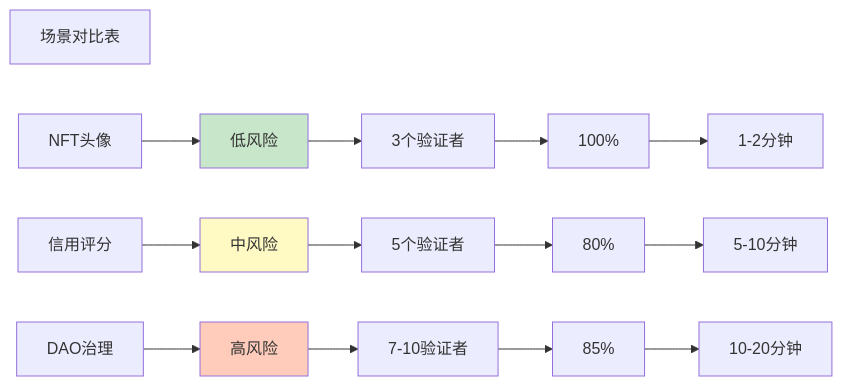
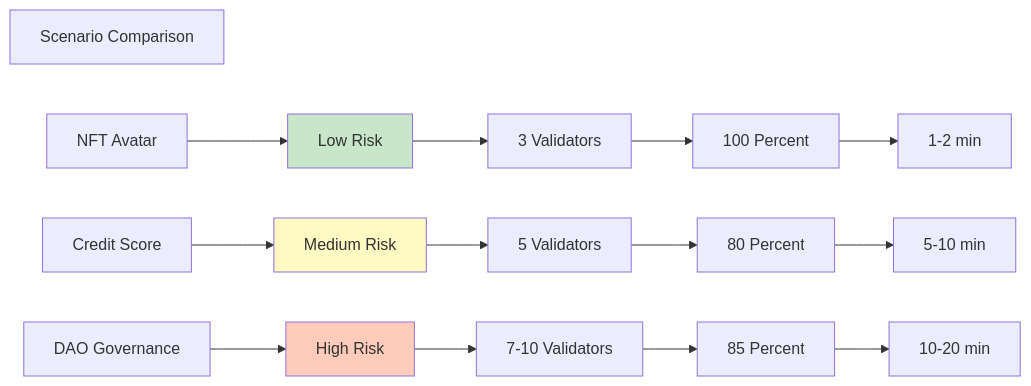
Before and after one commit to JCCDex/jcc_document: the tenth of 17 diagrams in src/jcc_blog/pic.md, drawn with Mermaid. The commit also changed other lines of this file, not shown here.

First line of the commit message:
Fix Mermaid 8.9.2 compatibility issues

````diff
--- a/src/jcc_blog/pic.md
+++ b/src/jcc_blog/pic.md
@@ -350,23 +350,23 @@
 ```mermaid
 graph LR
-    Table["场景对比表"]
+    Table["Scenario Comparison"]
     
-    A1["NFT头像"] --> A2["低风险"]
-    A2 --> A3["3个验证者"]
-    A3 --> A4["100%"]
-    A4 --> A5["1-2分钟"]
+    A1["NFT Avatar"] --> A2["Low Risk"]
+    A2 --> A3["3 Validators"]
+    A3 --> A4["100 Percent"]
+    A4 --> A5["1-2 min"]
     
-    B1["信用评分"] --> B2["中风险"]
-    B2 --> B3["5个验证者"]
-    B3 --> B4["80%"]
-    B4 --> B5["5-10分钟"]
+    B1["Credit Score"] --> B2["Medium Risk"]
+    B2 --> B3["5 Validators"]
+    B3 --> B4["80 Percent"]
+    B4 --> B5["5-10 min"]
     
-    C1["DAO治理"] --> C2["高风险"]
-    C2 --> C3["7-10验证者"]
-    C3 --> C4["85%"]
-    C4 --> C5["10-20分钟"]
+    C1["DAO Governance"] --> C2["High Risk"]
+    C2 --> C3["7-10 Validators"]
+    C3 --> C4["85 Percent"]
+    C4 --> C5["10-20 min"]
     
     style A2 fill:#c8e6c9
     style B2 fill:#fff9c4
     style C2 fill:#ffccbc
 ```
````
